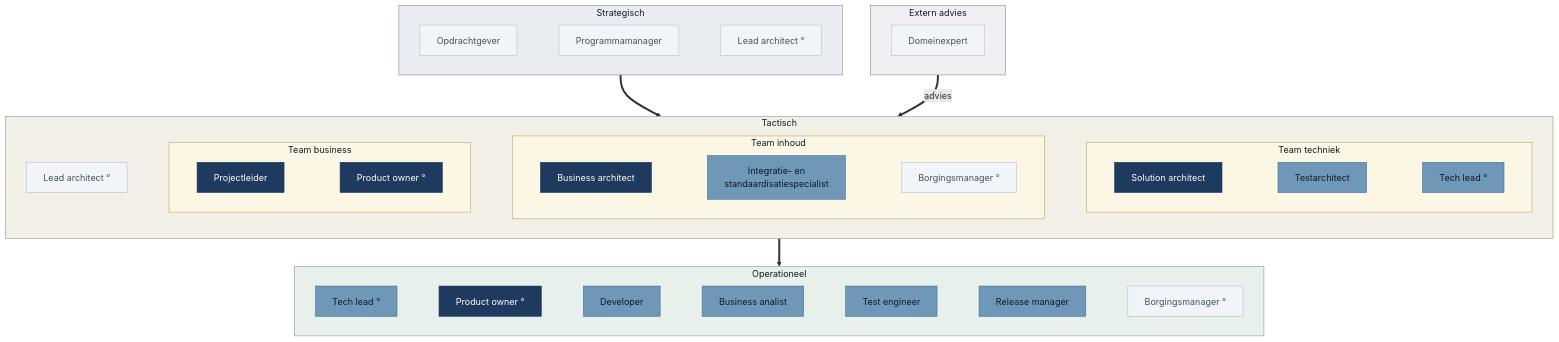
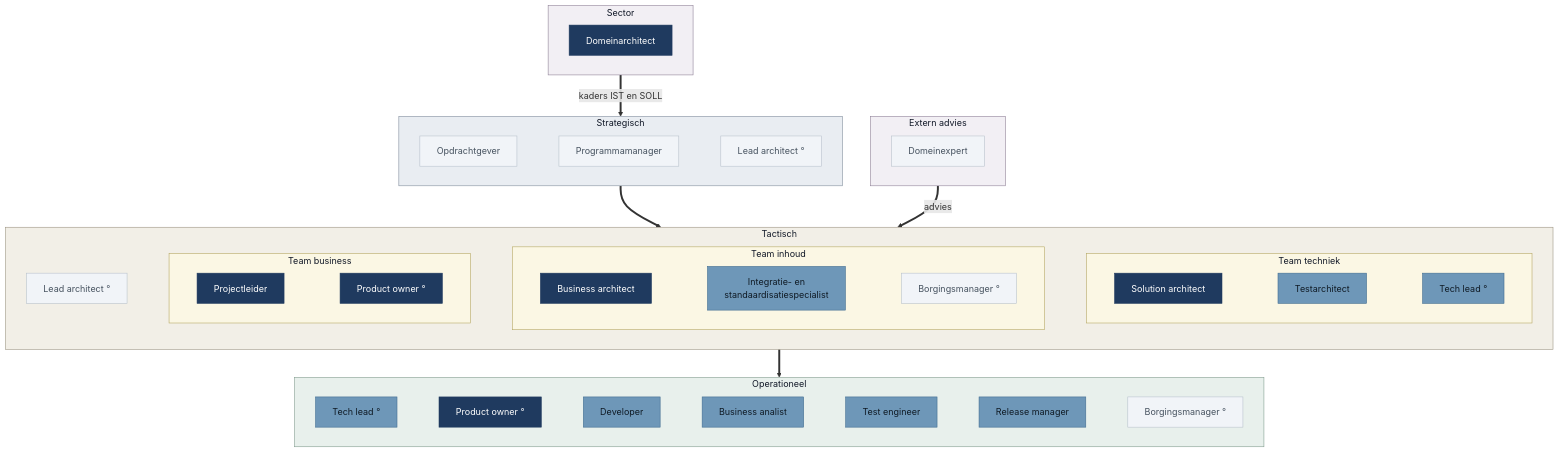
The third of 4 diagrams in presentaties/src/260903_rollen.md (Npuls-OKx/meta), drawn with Mermaid before and after one commit. The commit also changed other lines of this file, not shown here.

````diff
--- a/presentaties/src/260903_rollen.md
+++ b/presentaties/src/260903_rollen.md
@@ -369,62 +383,69 @@
 ```mermaid
 flowchart TB
   subgraph EX["Extern advies"]
     direction LR
     DE["Domeinexpert"]
+  end
+  subgraph SEC["Sector"]
+    direction LR
+    DA["Domeinarchitect"]
   end
   subgraph S["Strategisch"]
     direction LR
     OG["Opdrachtgever"] ~~~ PM["Programmamanager"] ~~~ LA1["Lead architect °"]
   end
   subgraph T["Tactisch"]
     direction LR
     LA2["Lead architect °"]
     subgraph TB2["Team business"]
       direction LR
       PL["Projectleider"] ~~~ PO1["Product owner °"]
     end
     subgraph TI["Team inhoud"]
       direction LR
       BAR["Business architect"] ~~~ IS["Integratie- en<br/>standaardisatiespecialist"] ~~~ BM1["Borgingsmanager °"]
     end
     subgraph TT["Team techniek"]
       direction LR
       SA["Solution architect"] ~~~ TA["Testarchitect"] ~~~ TL1["Tech lead °"]
     end
     LA2 ~~~ TB2 ~~~ TI ~~~ TT
   end
   subgraph O["Operationeel"]
     direction LR
     TL2["Tech lead °"] ~~~ PO2["Product owner °"] ~~~ DEV["Developer"] ~~~ BA["Business analist"] ~~~ TE["Test engineer"] ~~~ RM["Release manager"] ~~~ BM2["Borgingsmanager °"]
   end
   S ==> T
   T ==> O
   EX ==>|advies| T
+  SEC ==>|kaders IST en SOLL| S
   style TB2 fill:#fbf7e4,stroke:#b3a55f,color:#111827
   style TI fill:#fbf7e4,stroke:#b3a55f,color:#111827
   style TT fill:#fbf7e4,stroke:#b3a55f,color:#111827
   style EX fill:#f2eff4,stroke:#8c7e94,color:#111827
+  style SEC fill:#f2eff4,stroke:#8c7e94,color:#111827
   style S fill:#e9edf2,stroke:#7d8a99,color:#111827
   style T fill:#f2efe7,stroke:#9a9280,color:#111827
   style O fill:#e8f0ec,stroke:#7f9a8c,color:#111827
   style PL fill:#1F3A5F,stroke:#1F3A5F,color:#ffffff
   style PO1 fill:#1F3A5F,stroke:#1F3A5F,color:#ffffff
   style PO2 fill:#1F3A5F,stroke:#1F3A5F,color:#ffffff
   style BAR fill:#1F3A5F,stroke:#1F3A5F,color:#ffffff
   style SA fill:#1F3A5F,stroke:#1F3A5F,color:#ffffff
+  style DA fill:#1F3A5F,stroke:#1F3A5F,color:#ffffff
   style IS fill:#6E97B8,stroke:#3f6b8f,color:#0f1a24
   style TA fill:#6E97B8,stroke:#3f6b8f,color:#0f1a24
   style TL1 fill:#6E97B8,stroke:#3f6b8f,color:#0f1a24
   style TL2 fill:#6E97B8,stroke:#3f6b8f,color:#0f1a24
   style DEV fill:#6E97B8,stroke:#3f6b8f,color:#0f1a24
   style BA fill:#6E97B8,stroke:#3f6b8f,color:#0f1a24
   style TE fill:#6E97B8,stroke:#3f6b8f,color:#0f1a24
   style RM fill:#6E97B8,stroke:#3f6b8f,color:#0f1a24
   style OG fill:#f1f4f8,stroke:#b7c0ca,color:#46525f
   style PM fill:#f1f4f8,stroke:#b7c0ca,color:#46525f
   style LA1 fill:#f1f4f8,stroke:#b7c0ca,color:#46525f
   style LA2 fill:#f1f4f8,stroke:#b7c0ca,color:#46525f
   style DE fill:#f1f4f8,stroke:#b7c0ca,color:#46525f
   style BM1 fill:#f1f4f8,stroke:#b7c0ca,color:#46525f
   style BM2 fill:#f1f4f8,stroke:#b7c0ca,color:#46525f
 ```
````
